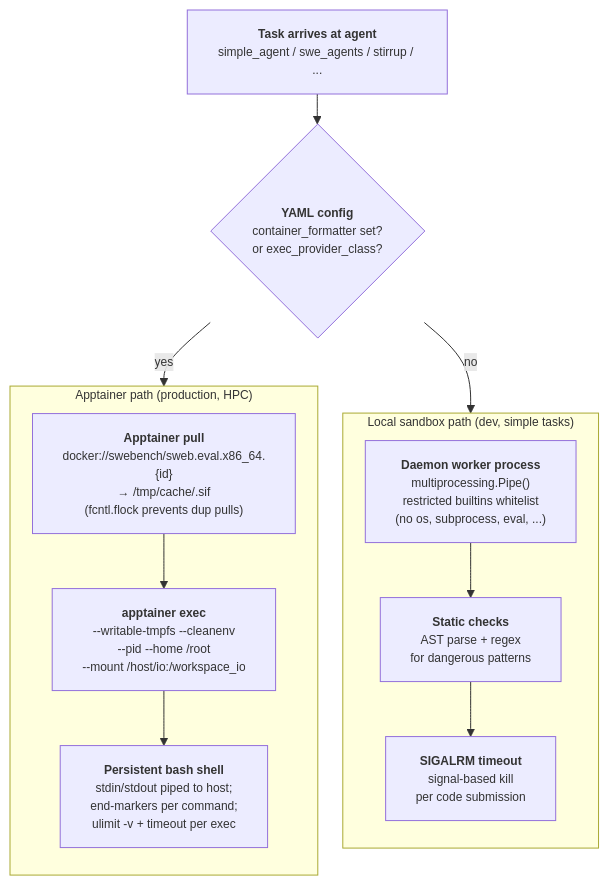
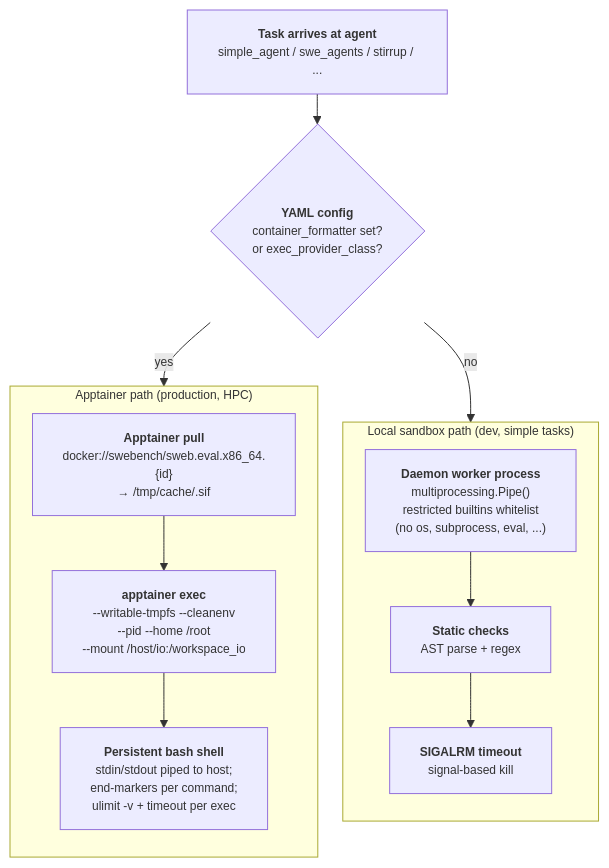
Before and after one commit to shikicloud/MLSys: the second of 2 diagrams in EN/wiki/agentic-rl/nemo-gym.md, drawn with Mermaid. The commit also changed other lines of this file and 5 other files, not shown here.

````diff
--- a/EN/wiki/agentic-rl/nemo-gym.md
+++ b/EN/wiki/agentic-rl/nemo-gym.md
@@ -349,26 +255,26 @@
 ```mermaid
 %%{init: {'theme':'default','flowchart':{'nodeSpacing':25,'rankSpacing':30},'themeVariables':{'fontSize':'12px'}}}%%
 flowchart TB
     TASK["<b>Task arrives at agent</b><br/>simple_agent / swe_agents / stirrup / ..."]
     BRANCH{"<b>YAML config</b><br/>container_formatter set?<br/>or exec_provider_class?"}
 
     subgraph APPTAINER["Apptainer path (production, HPC)"]
         direction TB
-        PULL["<b>Apptainer pull</b><br/>docker://swebench/sweb.eval.x86_64.{id}<br/>→ /tmp/cache/<id>.sif<br/>(fcntl.flock prevents dup pulls)"]
+        PULL["<b>Apptainer pull</b><br/>docker://swebench/sweb.eval.x86_64.{id}<br/>→ /tmp/cache/<id>.sif"]
         EXEC["<b>apptainer exec</b><br/>--writable-tmpfs --cleanenv<br/>--pid --home /root<br/>--mount /host/io:/workspace_io"]
         SHELL["<b>Persistent bash shell</b><br/>stdin/stdout piped to host;<br/>end-markers per command;<br/>ulimit -v + timeout per exec"]
         PULL --> EXEC --> SHELL
     end
 
     subgraph LOCAL["Local sandbox path (dev, simple tasks)"]
         direction TB
         WORKER["<b>Daemon worker process</b><br/>multiprocessing.Pipe()<br/>restricted builtins whitelist<br/>(no os, subprocess, eval, ...)"]
-        VALIDATE["<b>Static checks</b><br/>AST parse + regex<br/>for dangerous patterns"]
-        ALARM["<b>SIGALRM timeout</b><br/>signal-based kill<br/>per code submission"]
+        VALIDATE["<b>Static checks</b><br/>AST parse + regex"]
+        ALARM["<b>SIGALRM timeout</b><br/>signal-based kill"]
         WORKER --> VALIDATE --> ALARM
     end
 
     TASK --> BRANCH
     BRANCH -->|yes| APPTAINER
     BRANCH -->|no| LOCAL
 ```
````
